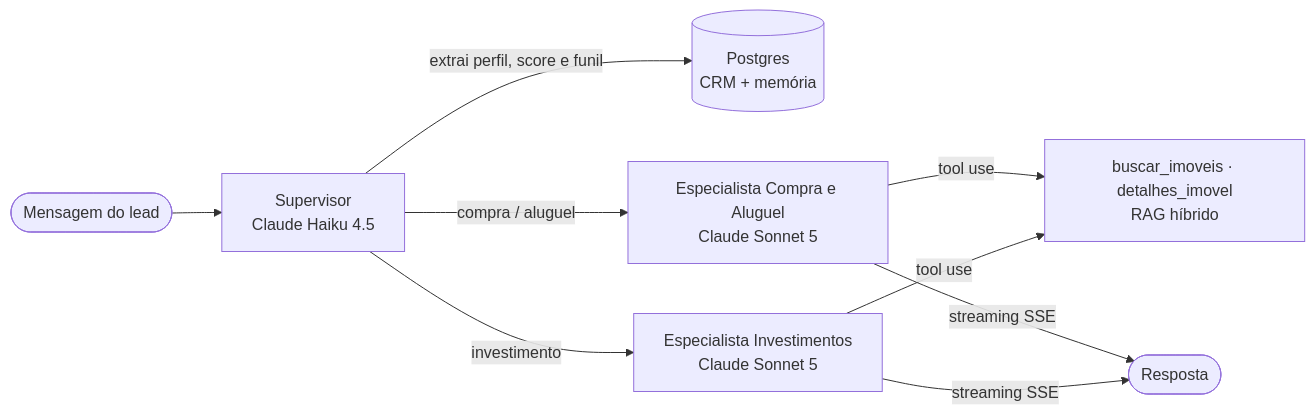
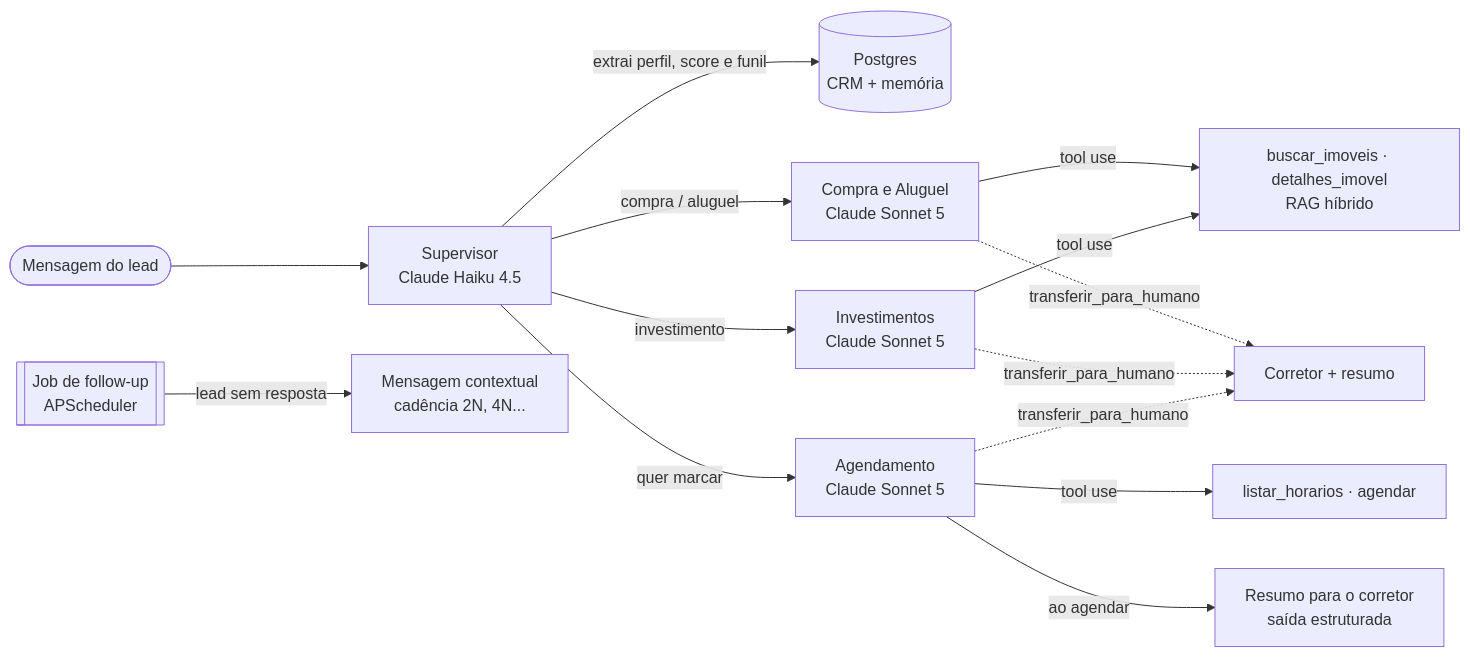
One commit to rodrigoaraujorosa/fiap-ia-devs-8iadt-fase5-hackaton changed the diagram in README.md. Above: the diagram before and after it, drawn with Mermaid. The commit also changed other lines of this file and 23 other files, not shown here.

First line of the commit message:
Dia 3: agendamento, resumo para corretor, follow-up e observabilidade

````diff
--- a/README.md
+++ b/README.md
@@ -34,9 +34,13 @@
 ```mermaid
 flowchart LR
     U([Mensagem do lead]) --> S[Supervisor<br/>Claude Haiku 4.5]
     S -->|extrai perfil, score e funil| CRM[(Postgres<br/>CRM + memória)]
-    S -->|compra / aluguel| A1[Especialista Compra e Aluguel<br/>Claude Sonnet 5]
-    S -->|investimento| A2[Especialista Investimentos<br/>Claude Sonnet 5]
-    A1 & A2 -->|tool use| T[buscar_imoveis · detalhes_imovel<br/>RAG híbrido]
-    A1 & A2 -->|streaming SSE| R([Resposta])
+    S -->|compra / aluguel| A1[Compra e Aluguel<br/>Claude Sonnet 5]
+    S -->|investimento| A2[Investimentos<br/>Claude Sonnet 5]
+    S -->|quer marcar| A3[Agendamento<br/>Claude Sonnet 5]
+    A1 & A2 -->|tool use| T1[buscar_imoveis · detalhes_imovel<br/>RAG híbrido]
+    A3 -->|tool use| T2[listar_horarios · agendar]
+    A1 & A2 & A3 -.->|transferir_para_humano| H[Corretor + resumo]
+    A3 -->|ao agendar| RES[Resumo para o corretor<br/>saída estruturada]
+    J[[Job de follow-up<br/>APScheduler]] -->|lead sem resposta| F[Mensagem contextual<br/>cadência 2N, 4N...]
 ```
````
